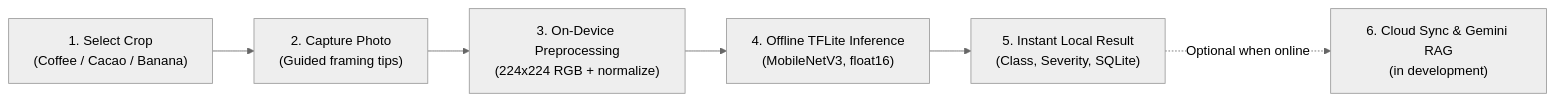
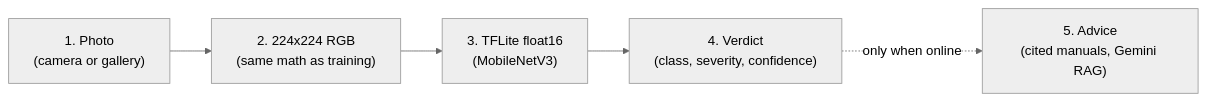
One commit to keylorpineda/healthycropping changed the diagram in README.md. Above: the diagram before and after it, drawn with Mermaid (neutral theme). The commit also changed other lines of this file, not shown here.

````diff
--- a/README.md
+++ b/README.md
@@ -48,8 +44,7 @@
 ```mermaid
 flowchart LR
-    A["1. Select Crop\n(Coffee / Cacao / Banana)"] --> B["2. Capture Photo\n(Guided framing tips)"]
-    B --> C["3. On-Device Preprocessing\n(224x224 RGB + normalize)"]
-    C --> D["4. Offline TFLite Inference\n(MobileNetV3, float16)"]
-    D --> E["5. Instant Local Result\n(Class, Severity, SQLite)"]
-    E -. "Optional when online" .-> F["6. Cloud Sync & Gemini RAG\n(in development)"]
+    A["1. Photo\n(camera or gallery)"] --> B["2. 224x224 RGB\n(same math as training)"]
+    B --> C["3. TFLite float16\n(MobileNetV3)"]
+    C --> D["4. Verdict\n(class, severity, confidence)"]
+    D -. "only when online" .-> E["5. Advice\n(cited manuals, Gemini RAG)"]
 ```
````
